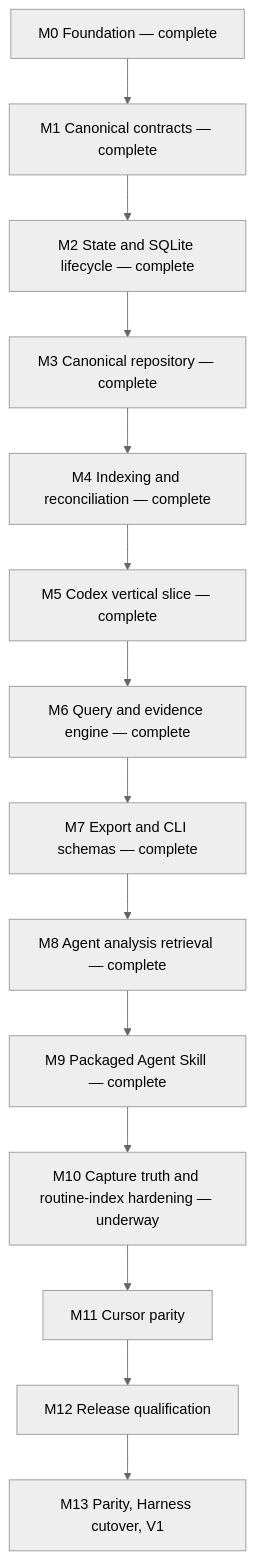
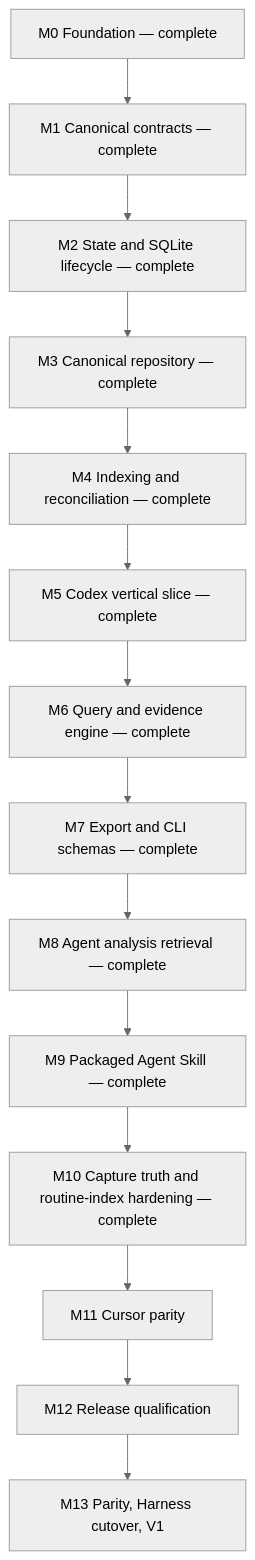
Before and after one commit to ferueda/sessions: the diagram in dev/plans/260713-v1-implementation-roadmap.md, drawn with Mermaid (neutral theme). The commit also changed other lines of this file and 8 other files, not shown here.

````diff
--- a/dev/plans/260713-v1-implementation-roadmap.md
+++ b/dev/plans/260713-v1-implementation-roadmap.md
@@ -205,16 +209,16 @@
 ```mermaid
 flowchart TD
   M0["M0 Foundation — complete"] --> M1["M1 Canonical contracts — complete"]
   M1 --> M2["M2 State and SQLite lifecycle — complete"]
   M2 --> M3["M3 Canonical repository — complete"]
   M3 --> M4["M4 Indexing and reconciliation — complete"]
   M4 --> M5["M5 Codex vertical slice — complete"]
   M5 --> M6["M6 Query and evidence engine — complete"]
   M6 --> M7["M7 Export and CLI schemas — complete"]
   M7 --> M8["M8 Agent analysis retrieval — complete"]
   M8 --> M9["M9 Packaged Agent Skill — complete"]
-  M9 --> M10["M10 Capture truth and routine-index hardening — underway"]
+  M9 --> M10["M10 Capture truth and routine-index hardening — complete"]
   M10 --> M11["M11 Cursor parity"]
   M11 --> M12["M12 Release qualification"]
   M12 --> M13["M13 Parity, Harness cutover, V1"]
 ```
````
